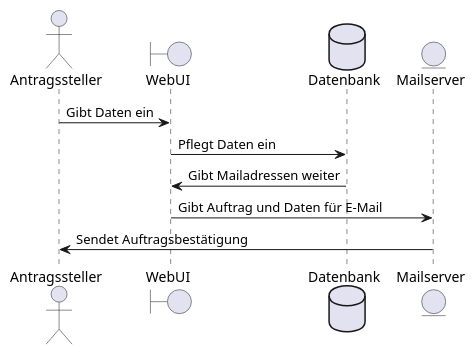
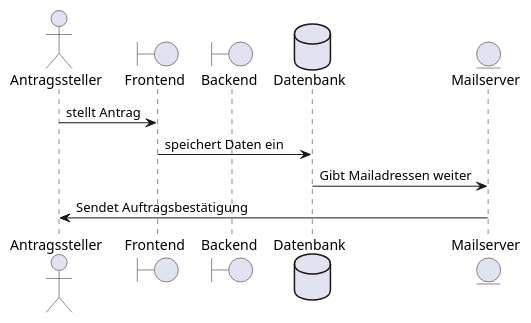
One commit to ABV-Tool/ABV_Tool changed the second of 2 diagrams in docs_SE_II/Entwicklerdokumentation/Entwicklerdokumentation.adoc. Above: the diagram before and after it, drawn with PlantUML. The commit also changed other lines of this file and 12 other files, not shown here.

```diff
--- a/docs_SE_II/Entwicklerdokumentation/Entwicklerdokumentation.adoc
+++ b/docs_SE_II/Entwicklerdokumentation/Entwicklerdokumentation.adoc
@@ -108,16 +78,15 @@
 [plantuml, "{diagramsdir}/sequenzdiagramm_antragsteller", svg]
 ....
 actor Antragssteller
-boundary WebUI
+boundary Frontend
+boundary Backend
 database Datenbank
 entity Mailserver
 
-Antragssteller -> WebUI : Gibt Daten ein
-WebUI -> Datenbank : Pflegt Daten ein
-Datenbank -> WebUI : Gibt Mailadressen weiter
-WebUI -> Mailserver : Gibt Auftrag und Daten für E-Mail
+Antragssteller -> Frontend : stellt Antrag
+Frontend -> Datenbank : speichert Daten ein
+
+Datenbank -> Mailserver : Gibt Mailadressen weiter
 Mailserver -> Antragssteller : Sendet Auftragsbestätigung
 
-
-
 ....
```
